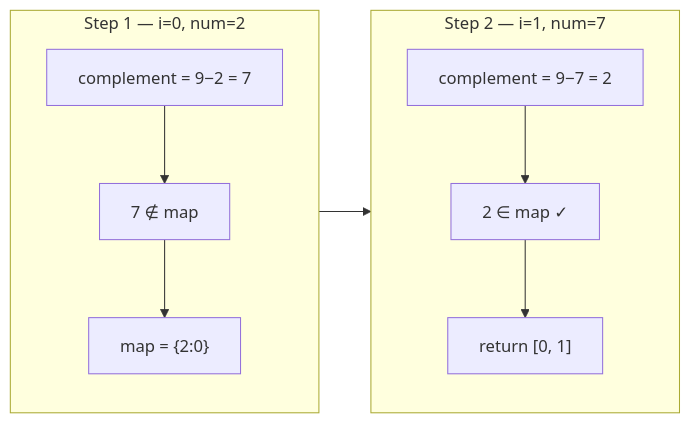
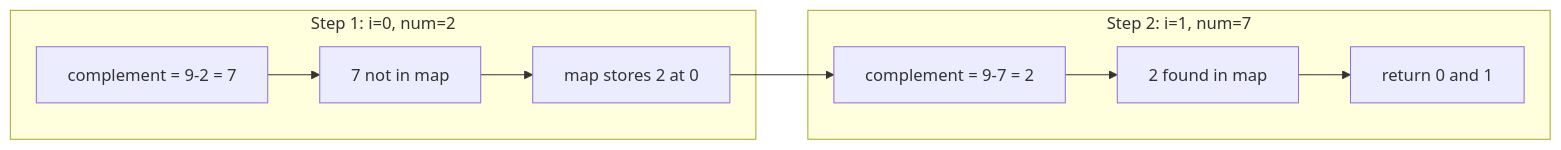
The third of 4 diagrams in python/arrays/two_sum/README.md (Patel7120/dsa-journal), drawn with Mermaid before and after one commit. The commit also changed other lines of this file and 1 other file, not shown here.

````diff
--- a/python/arrays/two_sum/README.md
+++ b/python/arrays/two_sum/README.md
@@ -130,18 +130,18 @@
 ```mermaid
 flowchart LR
-    subgraph step1["Step 1 — i=0, num=2"]
-        S1A["complement = 9−2 = 7"]
-        S1B["7 ∉ map"]
-        S1C["map = {2:0}"]
+    subgraph step1["Step 1: i=0, num=2"]
+        S1A["complement = 9-2 = 7"]
+        S1B["7 not in map"]
+        S1C["map stores 2 at 0"]
         S1A --> S1B --> S1C
     end
 
-    subgraph step2["Step 2 — i=1, num=7"]
-        S2A["complement = 9−7 = 2"]
-        S2B["2 ∈ map ✓"]
-        S2C["return [0, 1]"]
+    subgraph step2["Step 2: i=1, num=7"]
+        S2A["complement = 9-7 = 2"]
+        S2B["2 found in map"]
+        S2C["return 0 and 1"]
         S2A --> S2B --> S2C
     end
 
-    step1 --> step2
+    S1C --> S2A
 ```
````
